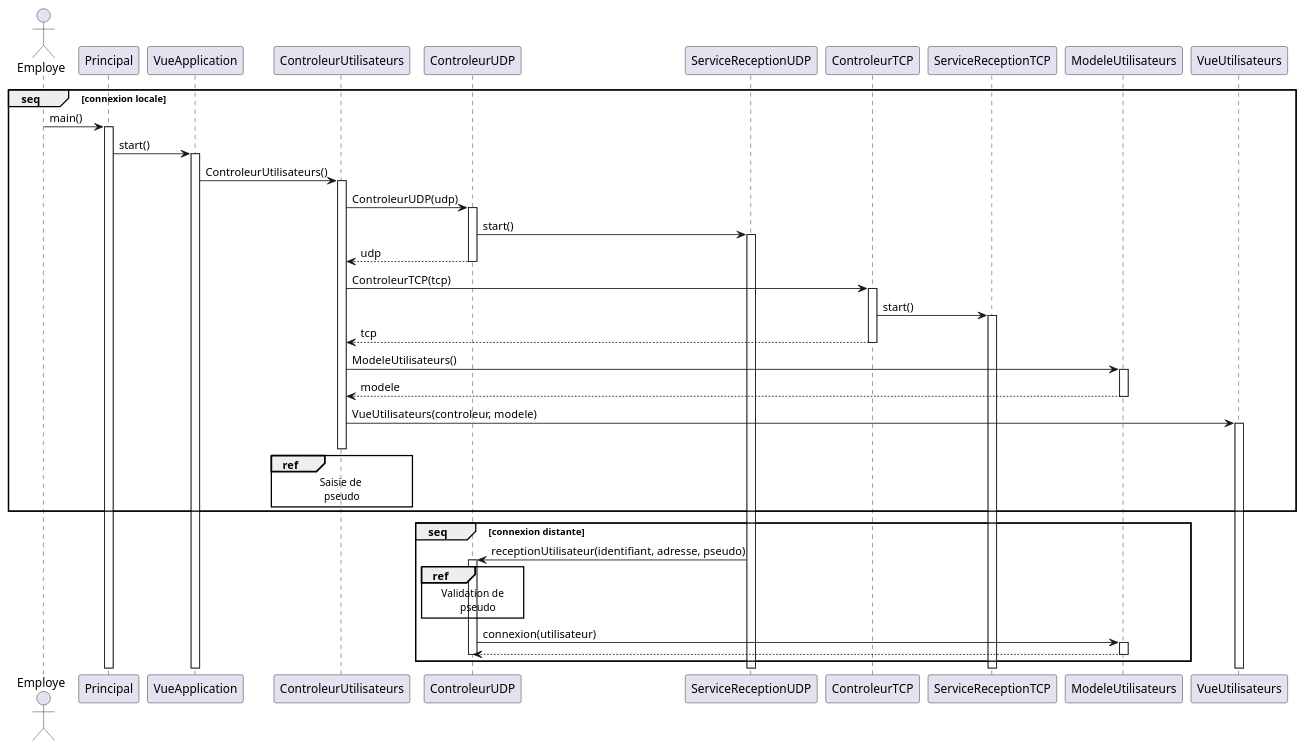
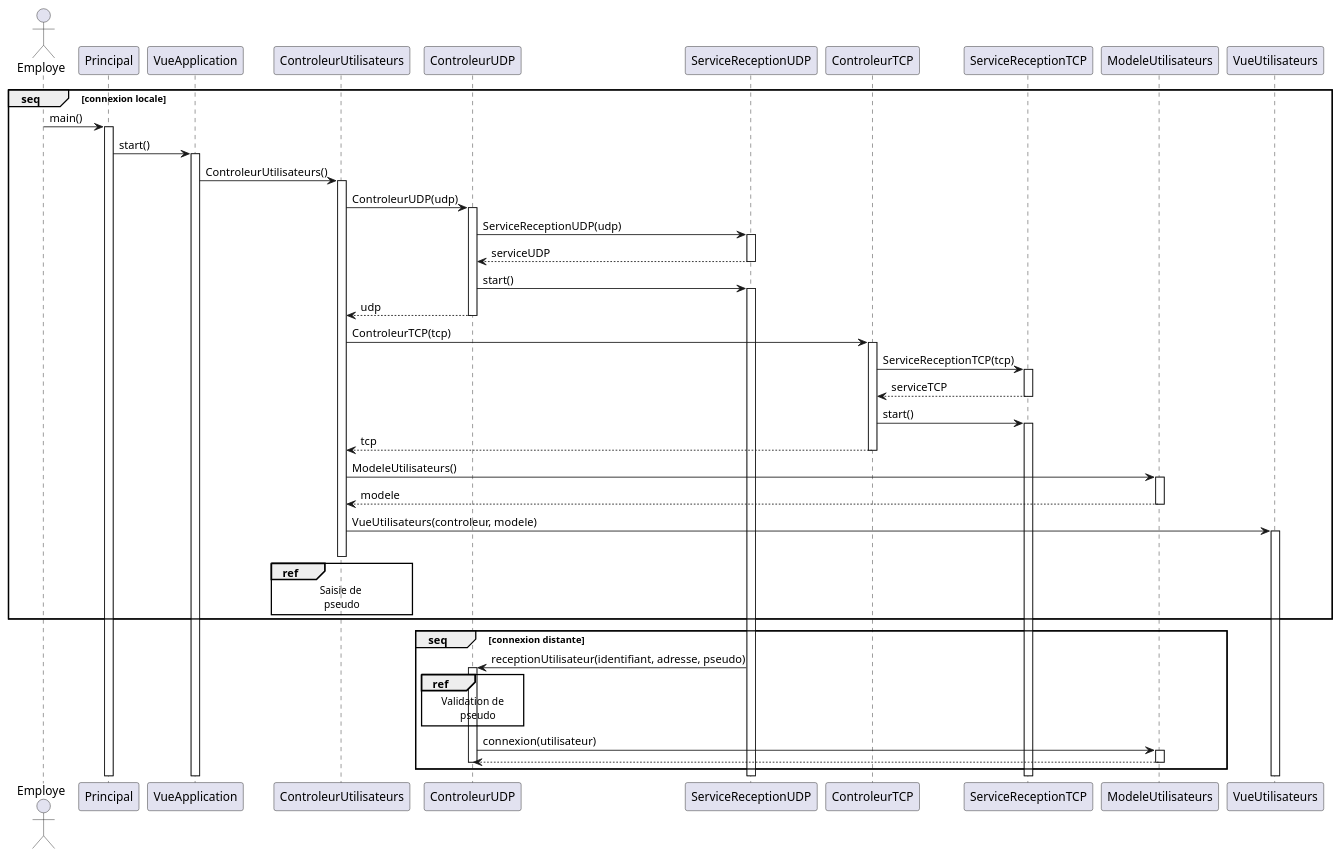
One commit to arc-hugo/clavardage_uml changed the diagram in sequence/connexion.wsd. Above: the diagram before and after it, drawn with PlantUML. The commit also changed 3 other files, not shown here.

```diff
--- a/sequence/connexion.wsd
+++ b/sequence/connexion.wsd
@@ -1,47 +1,55 @@
 @startuml Connexion
 actor Employe
 group seq [connexion locale]
     Employe -> Principal : main()
     activate Principal
     Principal -> VueApplication : start()
     activate VueApplication 
     VueApplication -> ControleurUtilisateurs : ControleurUtilisateurs()
     activate ControleurUtilisateurs
     ControleurUtilisateurs -> ControleurUDP : ControleurUDP(udp)
     activate ControleurUDP
+    ControleurUDP -> ServiceReceptionUDP : ServiceReceptionUDP(udp)
+    activate ServiceReceptionUDP
+    ServiceReceptionUDP --> ControleurUDP : serviceUDP
+    deactivate ServiceReceptionUDP
     ControleurUDP -> ServiceReceptionUDP : start()
     activate ServiceReceptionUDP
     ControleurUDP --> ControleurUtilisateurs : udp
     deactivate ControleurUDP
     ControleurUtilisateurs -> ControleurTCP : ControleurTCP(tcp)
     activate ControleurTCP
+    ControleurTCP -> ServiceReceptionTCP : ServiceReceptionTCP(tcp)
+    activate ServiceReceptionTCP
+    ServiceReceptionTCP --> ControleurTCP : serviceTCP
+    deactivate ServiceReceptionTCP
     ControleurTCP -> ServiceReceptionTCP : start()
     activate ServiceReceptionTCP
     ControleurTCP --> ControleurUtilisateurs : tcp
     deactivate ControleurTCP
     ControleurUtilisateurs -> ModeleUtilisateurs : ModeleUtilisateurs()
     activate ModeleUtilisateurs
     ModeleUtilisateurs --> ControleurUtilisateurs : modele
     deactivate ModeleUtilisateurs
     ControleurUtilisateurs -> VueUtilisateurs : VueUtilisateurs(controleur, modele)
     activate VueUtilisateurs
     ref over ControleurUtilisateurs
         Saisie de 
         pseudo
     end ref
     deactivate ControleurUtilisateurs
 end
 group seq [connexion distante]
     ServiceReceptionUDP -> ControleurUDP : receptionUtilisateur(identifiant, adresse, pseudo)
     activate ControleurUDP
     ref over ControleurUDP
         Validation de
             pseudo
     end ref
     ControleurUDP -> ModeleUtilisateurs : connexion(utilisateur)
     activate ModeleUtilisateurs
     ModeleUtilisateurs --> ControleurUDP
     deactivate ModeleUtilisateurs
     deactivate ControleurUDP
 end
 @enduml
```
